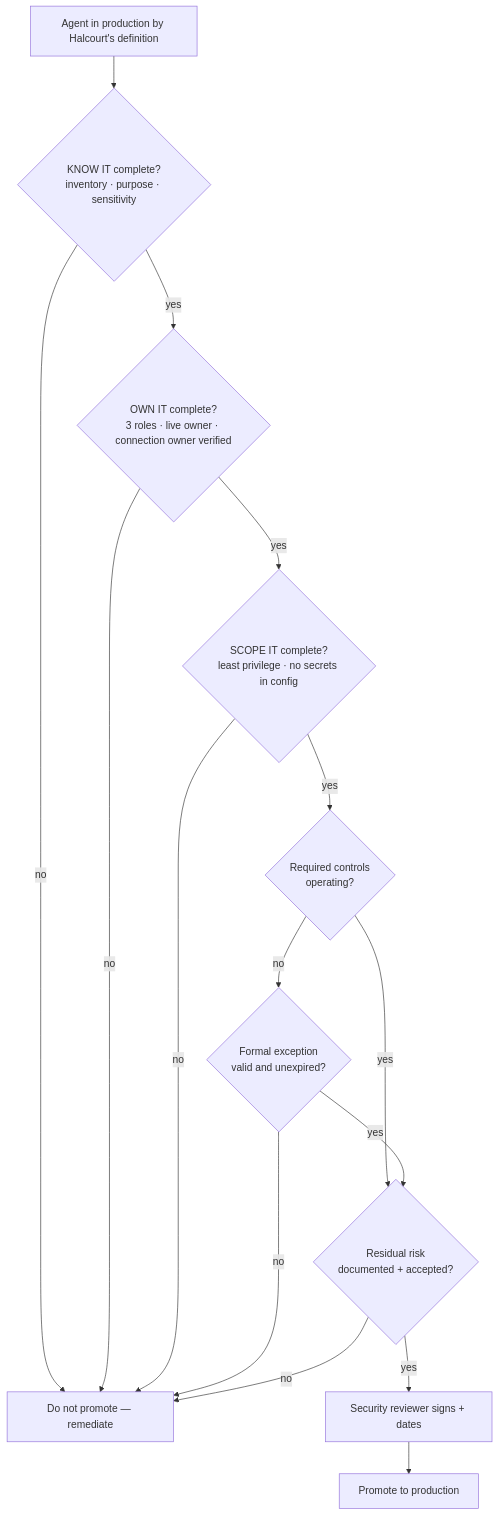
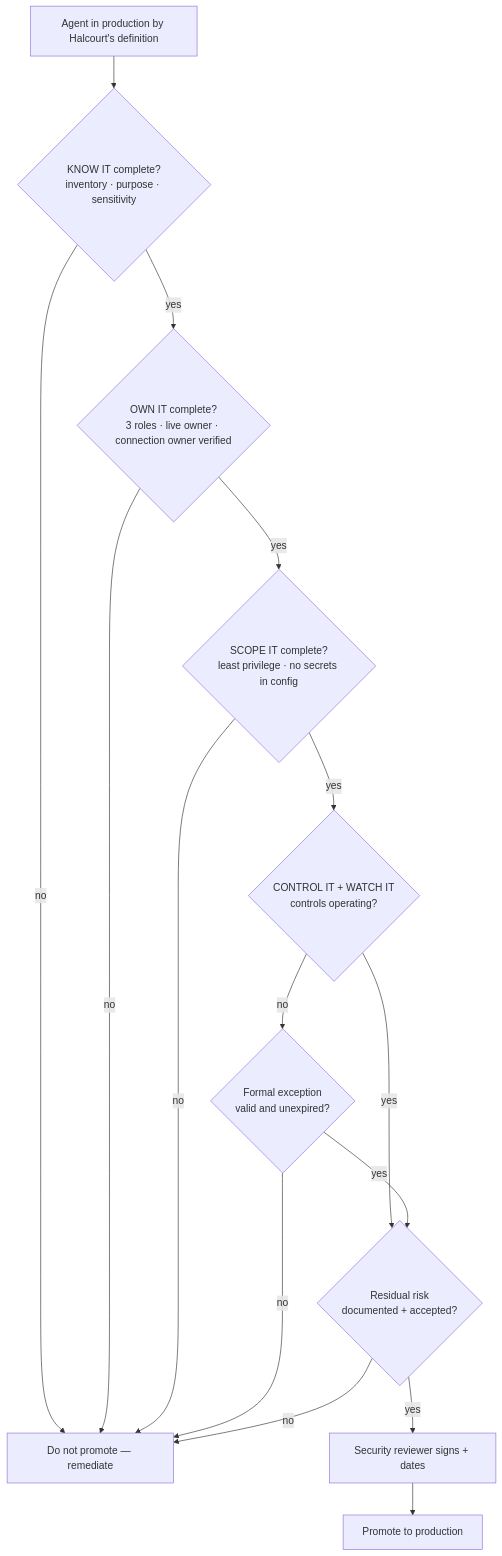
One commit to solliancenet/copilot-studio-shadow-agents-workshop changed the diagram in docs/06_security_baseline/06_01.md. Above: the diagram before and after it, drawn with Mermaid. The commit also changed other lines of this file and 1 other file, not shown here.

````diff
--- a/docs/06_security_baseline/06_01.md
+++ b/docs/06_security_baseline/06_01.md
@@ -36,17 +39,17 @@
 ```mermaid
 flowchart TD
   A["Agent in production by Halcourt's definition"] --> K{"KNOW IT complete?<br/>inventory · purpose · sensitivity"}
   K -->|no| X["Do not promote — remediate"]
   K -->|yes| O{"OWN IT complete?<br/>3 roles · live owner · connection owner verified"}
   O -->|no| X
   O -->|yes| S{"SCOPE IT complete?<br/>least privilege · no secrets in config"}
   S -->|no| X
-  S -->|yes| C{"Required controls<br/>operating?"}
+  S -->|yes| C{"CONTROL IT + WATCH IT<br/>controls operating?"}
   C -->|yes| R{"Residual risk<br/>documented + accepted?"}
   C -->|no| E{"Formal exception<br/>valid and unexpired?"}
   E -->|no| X
   E -->|yes| R
   R -->|no| X
   R -->|yes| G["Security reviewer signs + dates"]
   G --> P["Promote to production"]
 ```
````
